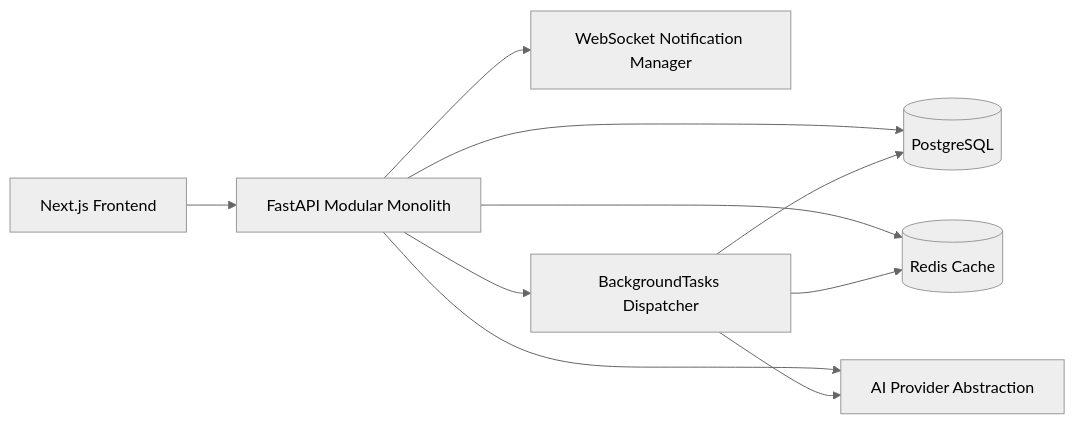
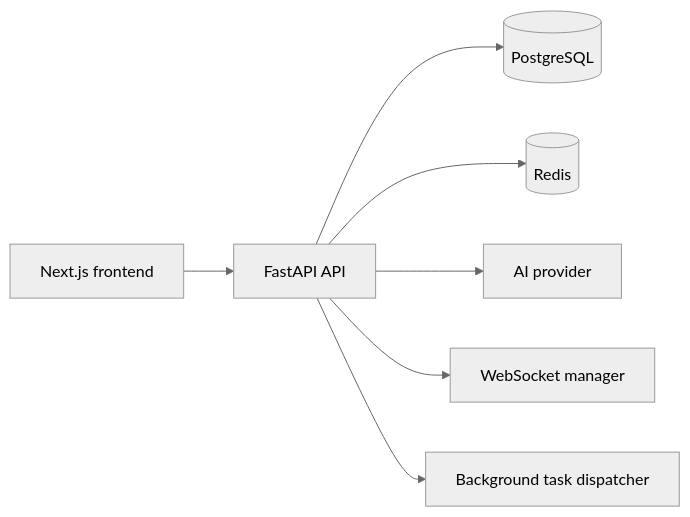
One commit to manmeetkaur7/StreamSphere changed the diagram in docs/system-design.md. Above: the diagram before and after it, drawn with Mermaid (neutral theme). The commit also changed other lines of this file and 13 other files, not shown here.

````diff
--- a/docs/system-design.md
+++ b/docs/system-design.md
@@ -30,12 +9,9 @@
 ```mermaid
 flowchart LR
-    Browser[Next.js Frontend] --> API[FastAPI Modular Monolith]
+    Browser[Next.js frontend] --> API[FastAPI API]
     API --> PG[(PostgreSQL)]
-    API --> Redis[(Redis Cache)]
-    API --> AI[AI Provider Abstraction]
-    API --> WS[WebSocket Notification Manager]
-    API --> BG[BackgroundTasks Dispatcher]
-    BG --> PG
-    BG --> Redis
-    BG --> AI
+    API --> Redis[(Redis)]
+    API --> AI[AI provider]
+    API --> WS[WebSocket manager]
+    API --> Jobs[Background task dispatcher]
 ```
````
